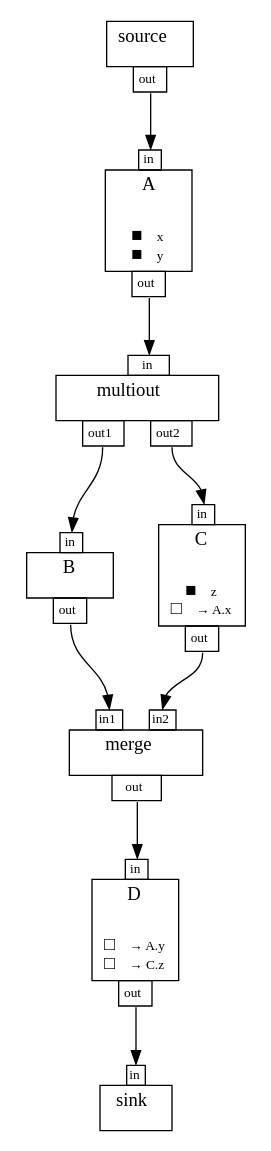
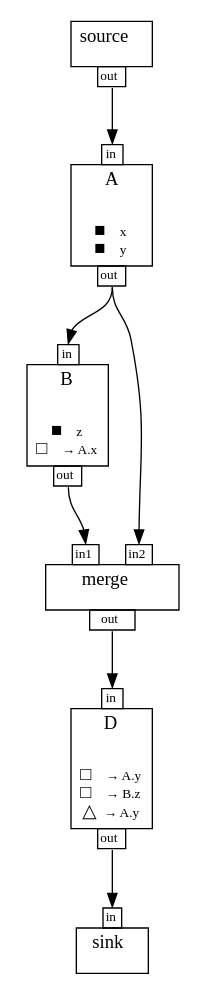
One commit to dbonattoj/mf changed the diagram in fg.gv. Above: the diagram before and after it, drawn with Graphviz. The commit also changed 7 other files, not shown here.

```diff
--- a/fg.gv
+++ b/fg.gv
@@ -1,37 +1,29 @@
 digraph G{
 	rankdir=TB
 	filter0 [shape=plaintext label=<
-<TABLE BORDER="0" CELLBORDER="0" CELLSPACING="0" CELLPADDING="0"><TR><TD COLSPAN="1" BORDER="1" CELLPADDING="4">source<BR/><FONT POINT-SIZE="10">&nbsp;</FONT></TD></TR><TR><TD COLSPAN="1" BORDER="0"><TABLE BORDER="0" CELLBORDER="0" CELLSPACING="0" CELLPADDING="0"><TR><TD WIDTH="20"></TD><TD BORDER="1" CELLPADDING="3" PORT="out1"><FONT POINT-SIZE="10">out</FONT></TD><TD WIDTH="20"></TD></TR></TABLE></TD></TR></TABLE>
+<TABLE BORDER="0" CELLBORDER="0" CELLSPACING="0" CELLPADDING="0"><TR><TD COLSPAN="1" BORDER="1" CELLPADDING="4">source<BR/><FONT POINT-SIZE="10">&nbsp;</FONT></TD></TR><TR><TD COLSPAN="1" BORDER="0"><TABLE BORDER="0" CELLBORDER="0" CELLSPACING="0" CELLPADDING="0"><TR><TD WIDTH="20"></TD><TD BORDER="1" CELLPADDING="1" PORT="out1"><FONT POINT-SIZE="10">out</FONT></TD><TD WIDTH="20"></TD></TR></TABLE></TD></TR></TABLE>
 >];
 	filter2 [shape=plaintext label=<
-<TABLE BORDER="0" CELLBORDER="0" CELLSPACING="0" CELLPADDING="0"><TR><TD WIDTH="20"></TD><TD BORDER="1" CELLPADDING="1" PORT="in3"><FONT POINT-SIZE="10">in</FONT></TD><TD WIDTH="20"></TD></TR><TR><TD COLSPAN="3" BORDER="1" CELLPADDING="4">A<BR/><FONT POINT-SIZE="10">&nbsp;</FONT><BR/><BR/>&#x25A0; <FONT POINT-SIZE="10">x</FONT><BR/>&#x25A0; <FONT POINT-SIZE="10">y</FONT><BR/></TD></TR><TR><TD COLSPAN="3" BORDER="0"><TABLE BORDER="0" CELLBORDER="0" CELLSPACING="0" CELLPADDING="0"><TR><TD WIDTH="20"></TD><TD BORDER="1" CELLPADDING="3" PORT="out4"><FONT POINT-SIZE="10">out</FONT></TD><TD WIDTH="20"></TD></TR></TABLE></TD></TR></TABLE>
+<TABLE BORDER="0" CELLBORDER="0" CELLSPACING="0" CELLPADDING="0"><TR><TD WIDTH="20"></TD><TD BORDER="1" CELLPADDING="1" PORT="in3"><FONT POINT-SIZE="10">in</FONT></TD><TD WIDTH="20"></TD></TR><TR><TD COLSPAN="3" BORDER="1" CELLPADDING="4">A<BR/><FONT POINT-SIZE="10">&nbsp;</FONT><BR/><BR/>&#x25A0; <FONT POINT-SIZE="10">x</FONT><BR/>&#x25A0; <FONT POINT-SIZE="10">y</FONT><BR/></TD></TR><TR><TD COLSPAN="3" BORDER="0"><TABLE BORDER="0" CELLBORDER="0" CELLSPACING="0" CELLPADDING="0"><TR><TD WIDTH="20"></TD><TD BORDER="1" CELLPADDING="1" PORT="out4"><FONT POINT-SIZE="10">out</FONT></TD><TD WIDTH="20"></TD></TR></TABLE></TD></TR></TABLE>
 >];
 	filter5 [shape=plaintext label=<
-<TABLE BORDER="0" CELLBORDER="0" CELLSPACING="0" CELLPADDING="0"><TR><TD WIDTH="20"></TD><TD BORDER="1" CELLPADDING="1" PORT="in6"><FONT POINT-SIZE="10">in</FONT></TD><TD WIDTH="20"></TD></TR><TR><TD COLSPAN="3" BORDER="1" CELLPADDING="4">multiout<BR/><FONT POINT-SIZE="10">&nbsp;</FONT></TD></TR><TR><TD COLSPAN="3" BORDER="0"><TABLE BORDER="0" CELLBORDER="0" CELLSPACING="0" CELLPADDING="0"><TR><TD WIDTH="20"></TD><TD BORDER="1" CELLPADDING="3" PORT="out7"><FONT POINT-SIZE="10">out1</FONT></TD><TD WIDTH="20"></TD><TD BORDER="1" CELLPADDING="3" PORT="out8"><FONT POINT-SIZE="10">out2</FONT></TD><TD WIDTH="20"></TD></TR></TABLE></TD></TR></TABLE>
+<TABLE BORDER="0" CELLBORDER="0" CELLSPACING="0" CELLPADDING="0"><TR><TD WIDTH="20"></TD><TD BORDER="1" CELLPADDING="1" PORT="in6"><FONT POINT-SIZE="10">in</FONT></TD><TD WIDTH="20"></TD></TR><TR><TD COLSPAN="3" BORDER="1" CELLPADDING="4">B<BR/><FONT POINT-SIZE="10">&nbsp;</FONT><BR/><BR/>&#x25A0; <FONT POINT-SIZE="10">z</FONT><BR/>&#x25A1; <FONT POINT-SIZE="10">&#x2192; A.x</FONT><BR/></TD></TR><TR><TD COLSPAN="3" BORDER="0"><TABLE BORDER="0" CELLBORDER="0" CELLSPACING="0" CELLPADDING="0"><TR><TD WIDTH="20"></TD><TD BORDER="1" CELLPADDING="1" PORT="out7"><FONT POINT-SIZE="10">out</FONT></TD><TD WIDTH="20"></TD></TR></TABLE></TD></TR></TABLE>
 >];
-	filter9 [shape=plaintext label=<
-<TABLE BORDER="0" CELLBORDER="0" CELLSPACING="0" CELLPADDING="0"><TR><TD WIDTH="20"></TD><TD BORDER="1" CELLPADDING="1" PORT="in10"><FONT POINT-SIZE="10">in</FONT></TD><TD WIDTH="20"></TD></TR><TR><TD COLSPAN="3" BORDER="1" CELLPADDING="4">B<BR/><FONT POINT-SIZE="10">&nbsp;</FONT></TD></TR><TR><TD COLSPAN="3" BORDER="0"><TABLE BORDER="0" CELLBORDER="0" CELLSPACING="0" CELLPADDING="0"><TR><TD WIDTH="20"></TD><TD BORDER="1" CELLPADDING="3" PORT="out11"><FONT POINT-SIZE="10">out</FONT></TD><TD WIDTH="20"></TD></TR></TABLE></TD></TR></TABLE>
+	filter8 [shape=plaintext label=<
+<TABLE BORDER="0" CELLBORDER="0" CELLSPACING="0" CELLPADDING="0"><TR><TD WIDTH="20"></TD><TD BORDER="1" CELLPADDING="1" PORT="in9"><FONT POINT-SIZE="10">in1</FONT></TD><TD WIDTH="20"></TD><TD BORDER="1" CELLPADDING="1" PORT="in10"><FONT POINT-SIZE="10">in2</FONT></TD><TD WIDTH="20"></TD></TR><TR><TD COLSPAN="5" BORDER="1" CELLPADDING="4">merge<BR/><FONT POINT-SIZE="10">&nbsp;</FONT></TD></TR><TR><TD COLSPAN="5" BORDER="0"><TABLE BORDER="0" CELLBORDER="0" CELLSPACING="0" CELLPADDING="0"><TR><TD WIDTH="20"></TD><TD BORDER="1" CELLPADDING="1" PORT="out11"><FONT POINT-SIZE="10">out</FONT></TD><TD WIDTH="20"></TD></TR></TABLE></TD></TR></TABLE>
 >];
 	filter12 [shape=plaintext label=<
-<TABLE BORDER="0" CELLBORDER="0" CELLSPACING="0" CELLPADDING="0"><TR><TD WIDTH="20"></TD><TD BORDER="1" CELLPADDING="1" PORT="in13"><FONT POINT-SIZE="10">in</FONT></TD><TD WIDTH="20"></TD></TR><TR><TD COLSPAN="3" BORDER="1" CELLPADDING="4">C<BR/><FONT POINT-SIZE="10">&nbsp;</FONT><BR/><BR/>&#x25A0; <FONT POINT-SIZE="10">z</FONT><BR/>&#x25A1; <FONT POINT-SIZE="10">&#x2192; A.x</FONT><BR/></TD></TR><TR><TD COLSPAN="3" BORDER="0"><TABLE BORDER="0" CELLBORDER="0" CELLSPACING="0" CELLPADDING="0"><TR><TD WIDTH="20"></TD><TD BORDER="1" CELLPADDING="3" PORT="out14"><FONT POINT-SIZE="10">out</FONT></TD><TD WIDTH="20"></TD></TR></TABLE></TD></TR></TABLE>
+<TABLE BORDER="0" CELLBORDER="0" CELLSPACING="0" CELLPADDING="0"><TR><TD WIDTH="20"></TD><TD BORDER="1" CELLPADDING="1" PORT="in13"><FONT POINT-SIZE="10">in</FONT></TD><TD WIDTH="20"></TD></TR><TR><TD COLSPAN="3" BORDER="1" CELLPADDING="4">D<BR/><FONT POINT-SIZE="10">&nbsp;</FONT><BR/><BR/>&#x25A1; <FONT POINT-SIZE="10">&#x2192; A.y</FONT><BR/>&#x25A1; <FONT POINT-SIZE="10">&#x2192; B.z</FONT><BR/>&#x25B3; <FONT POINT-SIZE="10">&#x2192; A.y</FONT><BR/></TD></TR><TR><TD COLSPAN="3" BORDER="0"><TABLE BORDER="0" CELLBORDER="0" CELLSPACING="0" CELLPADDING="0"><TR><TD WIDTH="20"></TD><TD BORDER="1" CELLPADDING="1" PORT="out14"><FONT POINT-SIZE="10">out</FONT></TD><TD WIDTH="20"></TD></TR></TABLE></TD></TR></TABLE>
 >];
 	filter15 [shape=plaintext label=<
-<TABLE BORDER="0" CELLBORDER="0" CELLSPACING="0" CELLPADDING="0"><TR><TD WIDTH="20"></TD><TD BORDER="1" CELLPADDING="1" PORT="in16"><FONT POINT-SIZE="10">in1</FONT></TD><TD WIDTH="20"></TD><TD BORDER="1" CELLPADDING="1" PORT="in17"><FONT POINT-SIZE="10">in2</FONT></TD><TD WIDTH="20"></TD></TR><TR><TD COLSPAN="5" BORDER="1" CELLPADDING="4">merge<BR/><FONT POINT-SIZE="10">&nbsp;</FONT></TD></TR><TR><TD COLSPAN="5" BORDER="0"><TABLE BORDER="0" CELLBORDER="0" CELLSPACING="0" CELLPADDING="0"><TR><TD WIDTH="20"></TD><TD BORDER="1" CELLPADDING="3" PORT="out18"><FONT POINT-SIZE="10">out</FONT></TD><TD WIDTH="20"></TD></TR></TABLE></TD></TR></TABLE>
->];
-	filter19 [shape=plaintext label=<
-<TABLE BORDER="0" CELLBORDER="0" CELLSPACING="0" CELLPADDING="0"><TR><TD WIDTH="20"></TD><TD BORDER="1" CELLPADDING="1" PORT="in20"><FONT POINT-SIZE="10">in</FONT></TD><TD WIDTH="20"></TD></TR><TR><TD COLSPAN="3" BORDER="1" CELLPADDING="4">D<BR/><FONT POINT-SIZE="10">&nbsp;</FONT><BR/><BR/>&#x25A1; <FONT POINT-SIZE="10">&#x2192; A.y</FONT><BR/>&#x25A1; <FONT POINT-SIZE="10">&#x2192; C.z</FONT><BR/></TD></TR><TR><TD COLSPAN="3" BORDER="0"><TABLE BORDER="0" CELLBORDER="0" CELLSPACING="0" CELLPADDING="0"><TR><TD WIDTH="20"></TD><TD BORDER="1" CELLPADDING="3" PORT="out21"><FONT POINT-SIZE="10">out</FONT></TD><TD WIDTH="20"></TD></TR></TABLE></TD></TR></TABLE>
->];
-	filter22 [shape=plaintext label=<
-<TABLE BORDER="0" CELLBORDER="0" CELLSPACING="0" CELLPADDING="0"><TR><TD WIDTH="20"></TD><TD BORDER="1" CELLPADDING="1" PORT="in23"><FONT POINT-SIZE="10">in</FONT></TD><TD WIDTH="20"></TD></TR><TR><TD COLSPAN="3" BORDER="1" CELLPADDING="4">sink<BR/><FONT POINT-SIZE="10">&nbsp;</FONT></TD></TR></TABLE>
+<TABLE BORDER="0" CELLBORDER="0" CELLSPACING="0" CELLPADDING="0"><TR><TD WIDTH="20"></TD><TD BORDER="1" CELLPADDING="1" PORT="in16"><FONT POINT-SIZE="10">in</FONT></TD><TD WIDTH="20"></TD></TR><TR><TD COLSPAN="3" BORDER="1" CELLPADDING="4">sink<BR/><FONT POINT-SIZE="10">&nbsp;</FONT></TD></TR></TABLE>
 >];
 	filter0:out1 -> filter2:in3 [arrowhead="normal", headlabel=<>, fontsize=10, labelangle=45, labeldistance=2.0, ];
 	filter2:out4 -> filter5:in6 [arrowhead="normal", headlabel=<>, fontsize=10, labelangle=45, labeldistance=2.0, ];
-	filter5:out7 -> filter9:in10 [arrowhead="normal", headlabel=<>, fontsize=10, labelangle=45, labeldistance=2.0, ];
-	filter5:out8 -> filter12:in13 [arrowhead="normal", headlabel=<>, fontsize=10, labelangle=45, labeldistance=2.0, ];
-	filter9:out11 -> filter15:in16 [arrowhead="normal", headlabel=<>, fontsize=10, labelangle=45, labeldistance=2.0, ];
-	filter12:out14 -> filter15:in17 [arrowhead="normal", headlabel=<>, fontsize=10, labelangle=45, labeldistance=2.0, ];
-	filter15:out18 -> filter19:in20 [arrowhead="normal", headlabel=<>, fontsize=10, labelangle=45, labeldistance=2.0, ];
-	filter19:out21 -> filter22:in23 [arrowhead="normal", headlabel=<>, fontsize=10, labelangle=45, labeldistance=2.0, ];
+	filter5:out7 -> filter8:in9 [arrowhead="normal", headlabel=<>, fontsize=10, labelangle=45, labeldistance=2.0, ];
+	filter2:out4 -> filter8:in10 [arrowhead="normal", headlabel=<>, fontsize=10, labelangle=45, labeldistance=2.0, ];
+	filter8:out11 -> filter12:in13 [arrowhead="normal", headlabel=<>, fontsize=10, labelangle=45, labeldistance=2.0, ];
+	filter12:out14 -> filter15:in16 [arrowhead="normal", headlabel=<>, fontsize=10, labelangle=45, labeldistance=2.0, ];
 	{rank=source; filter0}
-	{rank=sink; filter22}
+	{rank=sink; filter15}
 }
```
